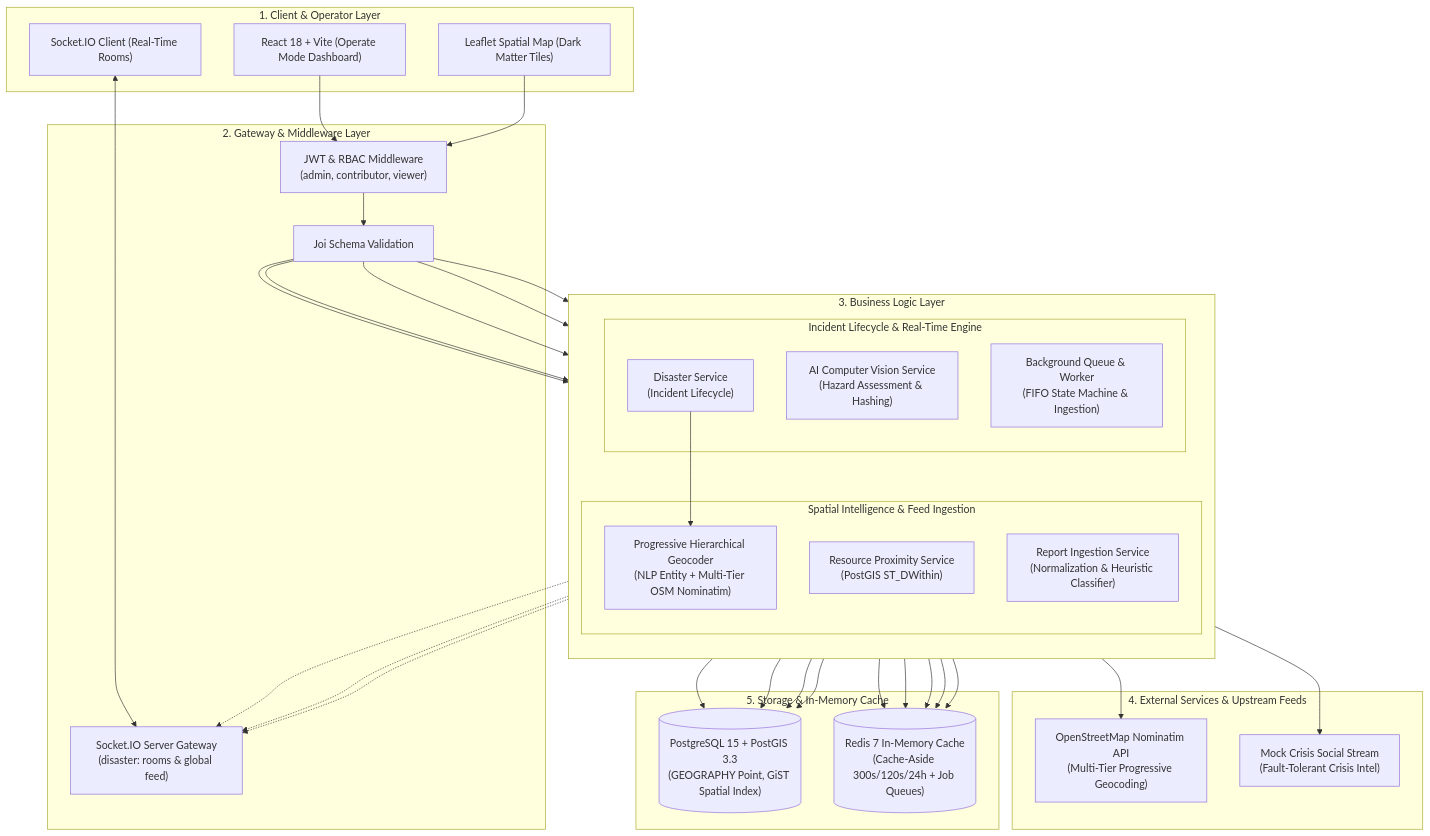
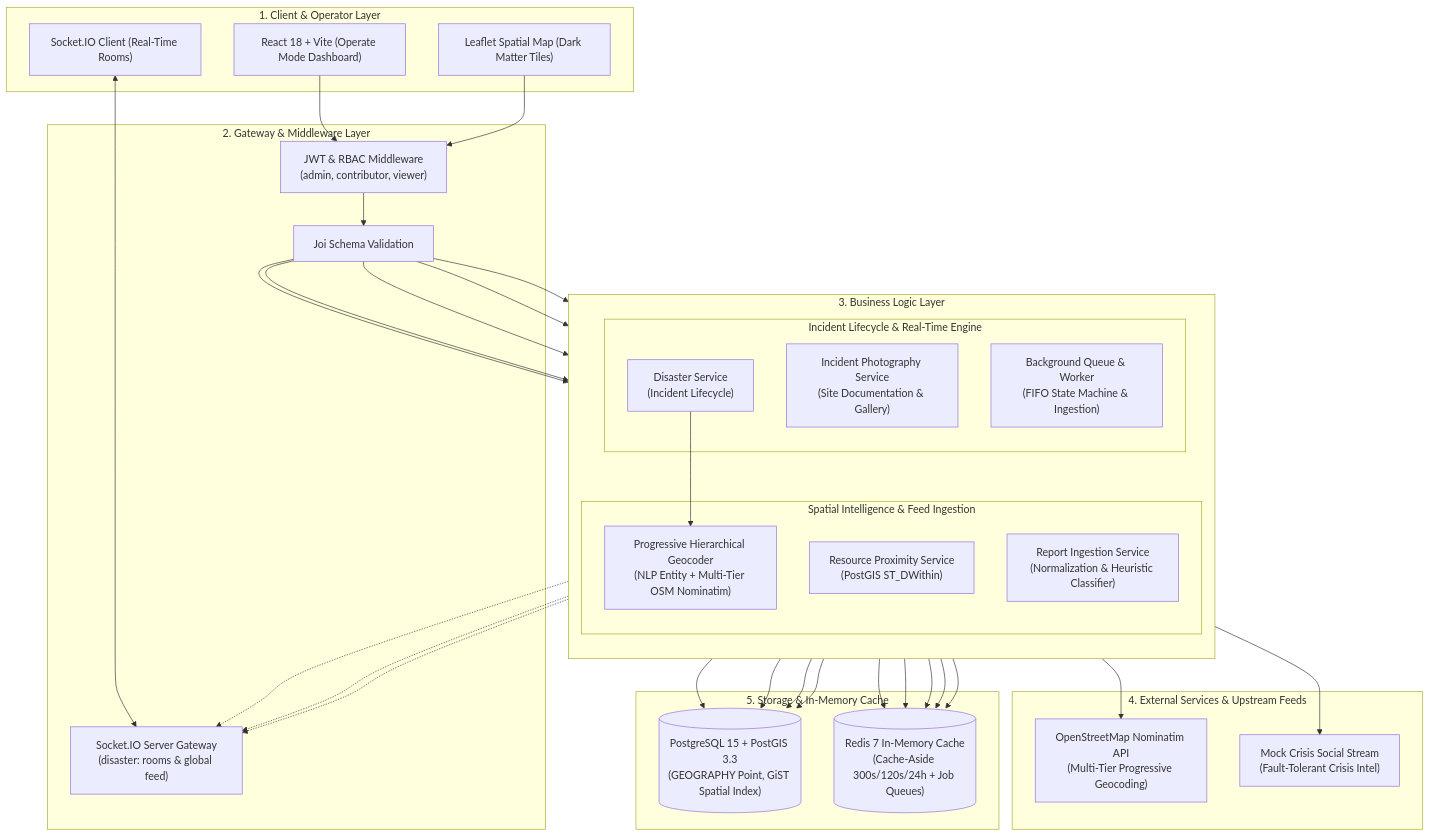
Before and after one commit to surajkumar11292/Santrionn_Project: the first of 2 diagrams in README.md, drawn with Mermaid. The commit also changed other lines of this file and 4 other files, not shown here.

````diff
--- a/README.md
+++ b/README.md
@@ -127,74 +126,74 @@
 ```mermaid
 flowchart TD
     subgraph ClientLayer["1. Client & Operator Layer"]
         UI["React 18 + Vite (Operate Mode Dashboard)"]
         Map["Leaflet Spatial Map (Dark Matter Tiles)"]
         SocketClient["Socket.IO Client (Real-Time Rooms)"]
     end
 
     subgraph GatewayLayer["2. Gateway & Middleware Layer"]
         AuthMiddleware["JWT & RBAC Middleware\n(admin, contributor, viewer)"]
         JoiValidator["Joi Schema Validation"]
         SocketGateway["Socket.IO Server Gateway\n(disaster:<id> rooms & global feed)"]
     end
 
     subgraph ServiceLayer["3. Business Logic Layer"]
         direction TB
         subgraph CoreServices["Incident Lifecycle & Real-Time Engine"]
             DisasterService["Disaster Service\n(Incident Lifecycle)"]
-            ImageService["AI Computer Vision Service\n(Hazard Assessment & Hashing)"]
+            ImageService["Incident Photography Service\n(Site Documentation & Gallery)"]
             QueueService["Background Queue & Worker\n(FIFO State Machine & Ingestion)"]
         end
         subgraph SpatialFeeds["Spatial Intelligence & Feed Ingestion"]
             GeoService["Progressive Hierarchical Geocoder\n(NLP Entity + Multi-Tier OSM Nominatim)"]
             ResourceService["Resource Proximity Service\n(PostGIS ST_DWithin)"]
             ReportService["Report Ingestion Service\n(Normalization & Heuristic Classifier)"]
         end
     end
 
     subgraph ExternalLayer["4. External Services & Upstream Feeds"]
         OSM["OpenStreetMap Nominatim API\n(Multi-Tier Progressive Geocoding)"]
         ExternalSocial["Mock Crisis Social Stream\n(Fault-Tolerant Crisis Intel)"]
     end
 
     subgraph DataLayer["5. Storage & In-Memory Cache"]
         Postgres[("PostgreSQL 15 + PostGIS 3.3\n(GEOGRAPHY Point, GiST Spatial Index)")]
         RedisCache[("Redis 7 In-Memory Cache\n(Cache-Aside 300s/120s/24h + Job Queues)")]
     end
 
     %% Client to Gateway
     UI --> AuthMiddleware
     Map --> AuthMiddleware
     SocketClient <--> SocketGateway
 
     %% Gateway to Services
     AuthMiddleware --> JoiValidator
     JoiValidator --> DisasterService
     JoiValidator --> ResourceService
     JoiValidator --> ReportService
     JoiValidator --> ImageService
     JoiValidator --> QueueService
 
     %% Service to Service
     DisasterService --> GeoService
 
     %% Service to External APIs
     GeoService --> OSM
     ReportService --> ExternalSocial
 
     %% Services to Data & Cache
     DisasterService --> Postgres
     ResourceService --> Postgres
     ResourceService --> RedisCache
     ReportService --> Postgres
     ReportService --> RedisCache
     ImageService --> Postgres
     ImageService --> RedisCache
     GeoService --> RedisCache
     QueueService --> RedisCache
 
     %% Real-time Socket Dispatches
     DisasterService -.-> SocketGateway
     ReportService -.-> SocketGateway
     ImageService -.-> SocketGateway
 ```
````
